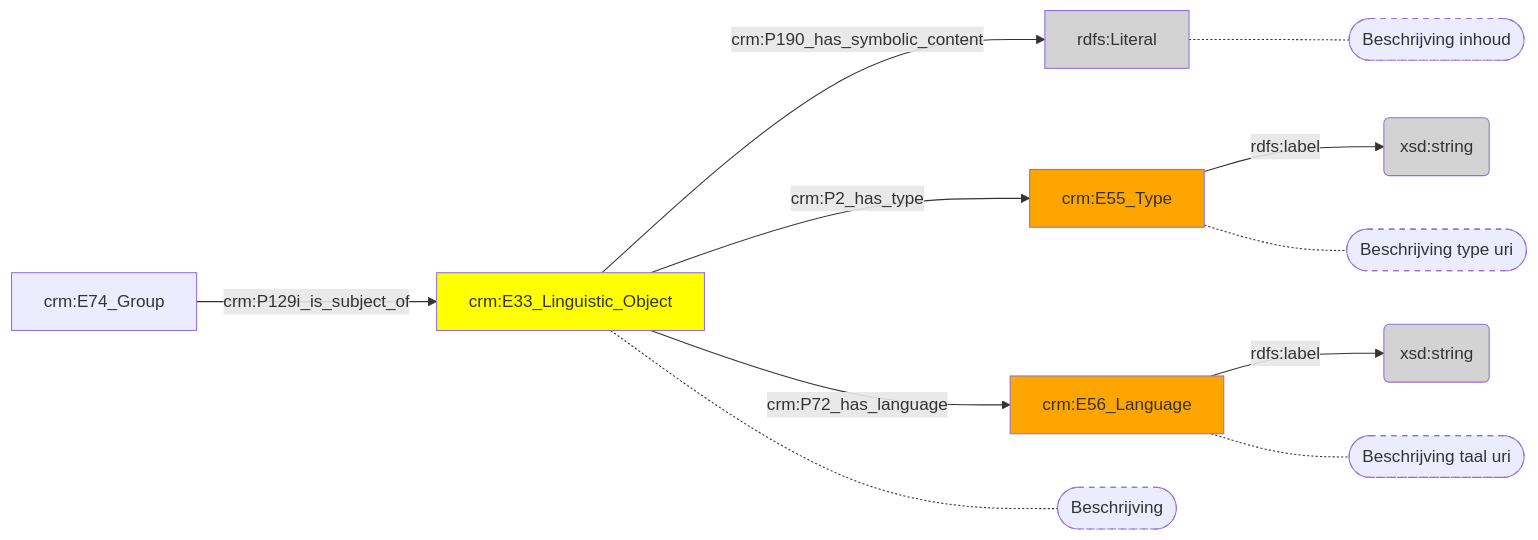
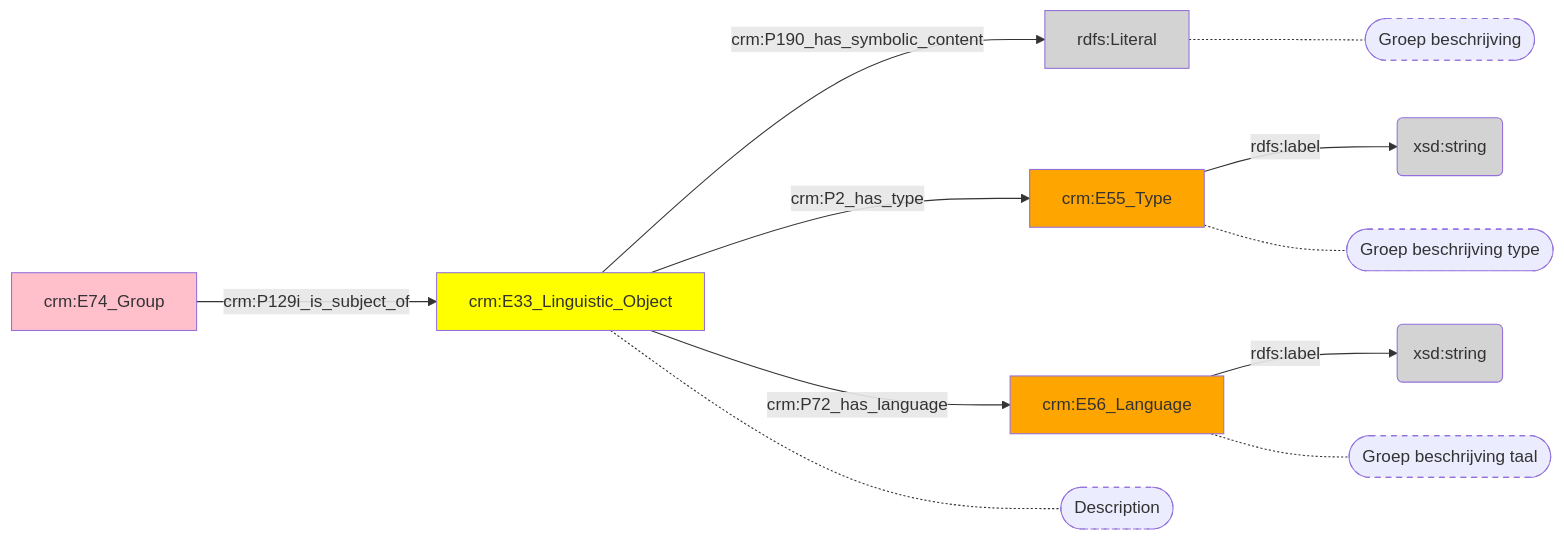
Before and after one commit to digipolisantwerpdocumentation/antwerp-cultureel-erfgoed: the diagram in docs/content/modellen/Group/Inhoud.md, drawn with Mermaid. The commit also changed 173 other files, not shown here.

````diff
--- a/docs/content/modellen/Group/Inhoud.md
+++ b/docs/content/modellen/Group/Inhoud.md
@@ -1,23 +1,24 @@
 ```mermaid
 graph LR
 19ab4e7a-ee62-11ed-9232-00163e71351b["crm:E33_Linguistic_Object"]-->|"crm:P190_has_symbolic_content"|19ab555a-ee62-11ed-9232-00163e71351b(rdfs:Literal)
 19ab5776-ee62-11ed-9232-00163e71351b["crm:E55_Type"]-->|"rdfs:label"|19ab567c-ee62-11ed-9232-00163e71351b(xsd:string)
 19ab5938-ee62-11ed-9232-00163e71351b["crm:E56_Language"]-->|"rdfs:label"|19ab585c-ee62-11ed-9232-00163e71351b(xsd:string)
 1456bf2e-e37f-11ed-a1e6-00163e71351b["crm:E74_Group"]-->|"crm:P129i_is_subject_of"|19ab4e7a-ee62-11ed-9232-00163e71351b["crm:E33_Linguistic_Object"]
 19ab4e7a-ee62-11ed-9232-00163e71351b["crm:E33_Linguistic_Object"]-->|"crm:P2_has_type"|19ab5776-ee62-11ed-9232-00163e71351b["crm:E55_Type"]
 19ab4e7a-ee62-11ed-9232-00163e71351b["crm:E33_Linguistic_Object"]-->|"crm:P72_has_language"|19ab5938-ee62-11ed-9232-00163e71351b["crm:E56_Language"]
+19ab4e7a-ee62-11ed-9232-00163e71351b["crm:E33_Linguistic_Object"]-.-19ab4e7a-ee62-11ed-9232-00163e71351b_s(["Description"])
+19ab555a-ee62-11ed-9232-00163e71351b["rdfs:Literal"]-.-19ab555a-ee62-11ed-9232-00163e71351b_s(["Groep beschrijving"])
+19ab5776-ee62-11ed-9232-00163e71351b["crm:E55_Type"]-.-19ab5776-ee62-11ed-9232-00163e71351b_s(["Groep beschrijving type"])
+19ab5938-ee62-11ed-9232-00163e71351b["crm:E56_Language"]-.-19ab5938-ee62-11ed-9232-00163e71351b_s(["Groep beschrijving taal"])
 style 19ab4e7a-ee62-11ed-9232-00163e71351b_s stroke-dasharray: 5
 style 19ab555a-ee62-11ed-9232-00163e71351b_s stroke-dasharray: 5
 style 19ab5776-ee62-11ed-9232-00163e71351b_s stroke-dasharray: 5
 style 19ab5938-ee62-11ed-9232-00163e71351b_s stroke-dasharray: 5
-19ab4e7a-ee62-11ed-9232-00163e71351b["crm:E33_Linguistic_Object"]-.-19ab4e7a-ee62-11ed-9232-00163e71351b_s(["Beschrijving"])
-19ab555a-ee62-11ed-9232-00163e71351b["rdfs:Literal"]-.-19ab555a-ee62-11ed-9232-00163e71351b_s(["Beschrijving inhoud"])
-19ab5776-ee62-11ed-9232-00163e71351b["crm:E55_Type"]-.-19ab5776-ee62-11ed-9232-00163e71351b_s(["Beschrijving type uri"])
-19ab5938-ee62-11ed-9232-00163e71351b["crm:E56_Language"]-.-19ab5938-ee62-11ed-9232-00163e71351b_s(["Beschrijving taal uri"])
+style 1456bf2e-e37f-11ed-a1e6-00163e71351b fill:#ffc0cb
 style 19ab4e7a-ee62-11ed-9232-00163e71351b fill:#ffff00
 style 19ab555a-ee62-11ed-9232-00163e71351b fill:#D3D3D3
 style 19ab567c-ee62-11ed-9232-00163e71351b fill:#D3D3D3
 style 19ab5776-ee62-11ed-9232-00163e71351b fill:#ffa500
 style 19ab585c-ee62-11ed-9232-00163e71351b fill:#D3D3D3
 style 19ab5938-ee62-11ed-9232-00163e71351b fill:#ffa500
 ```
````
